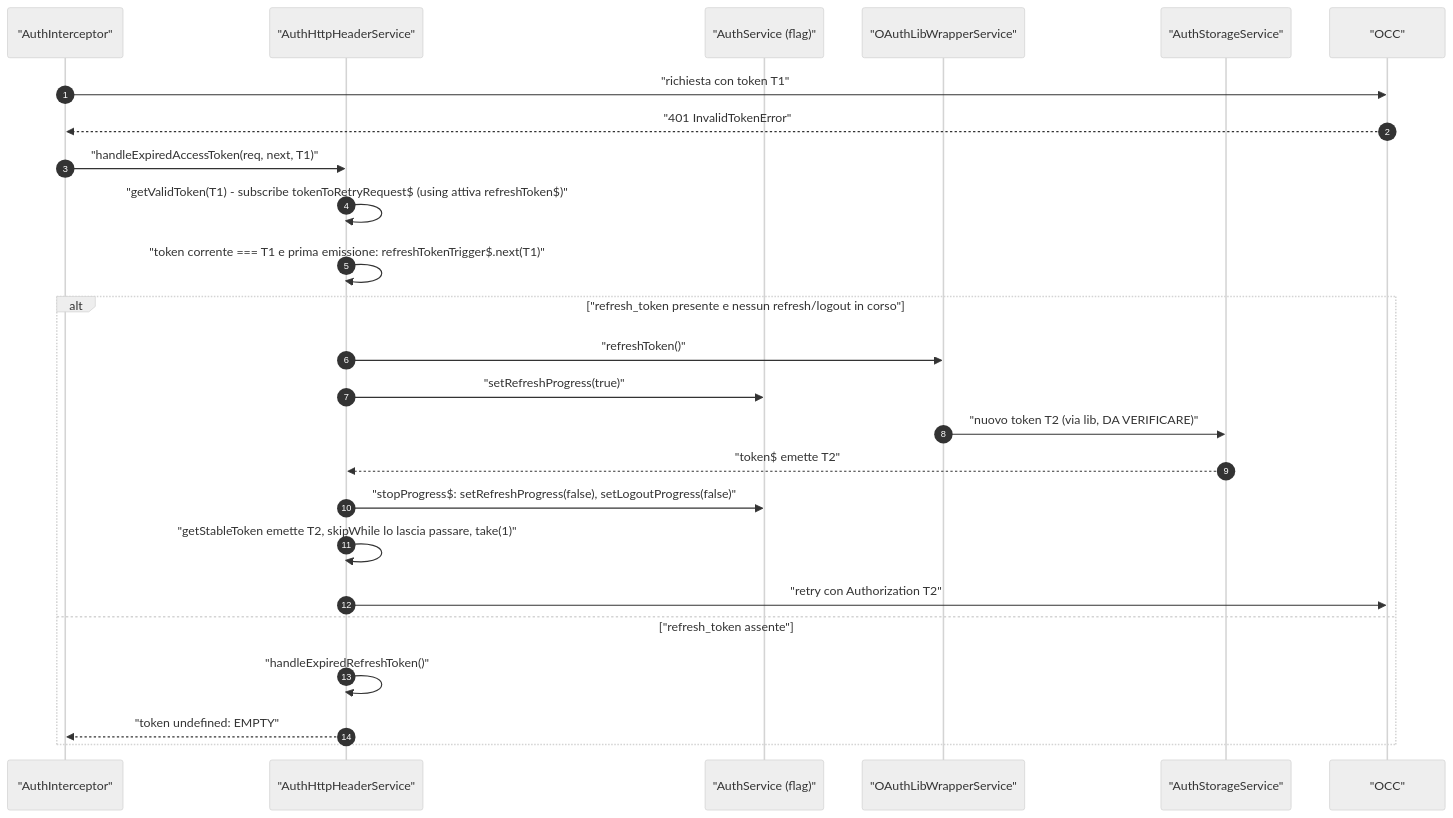
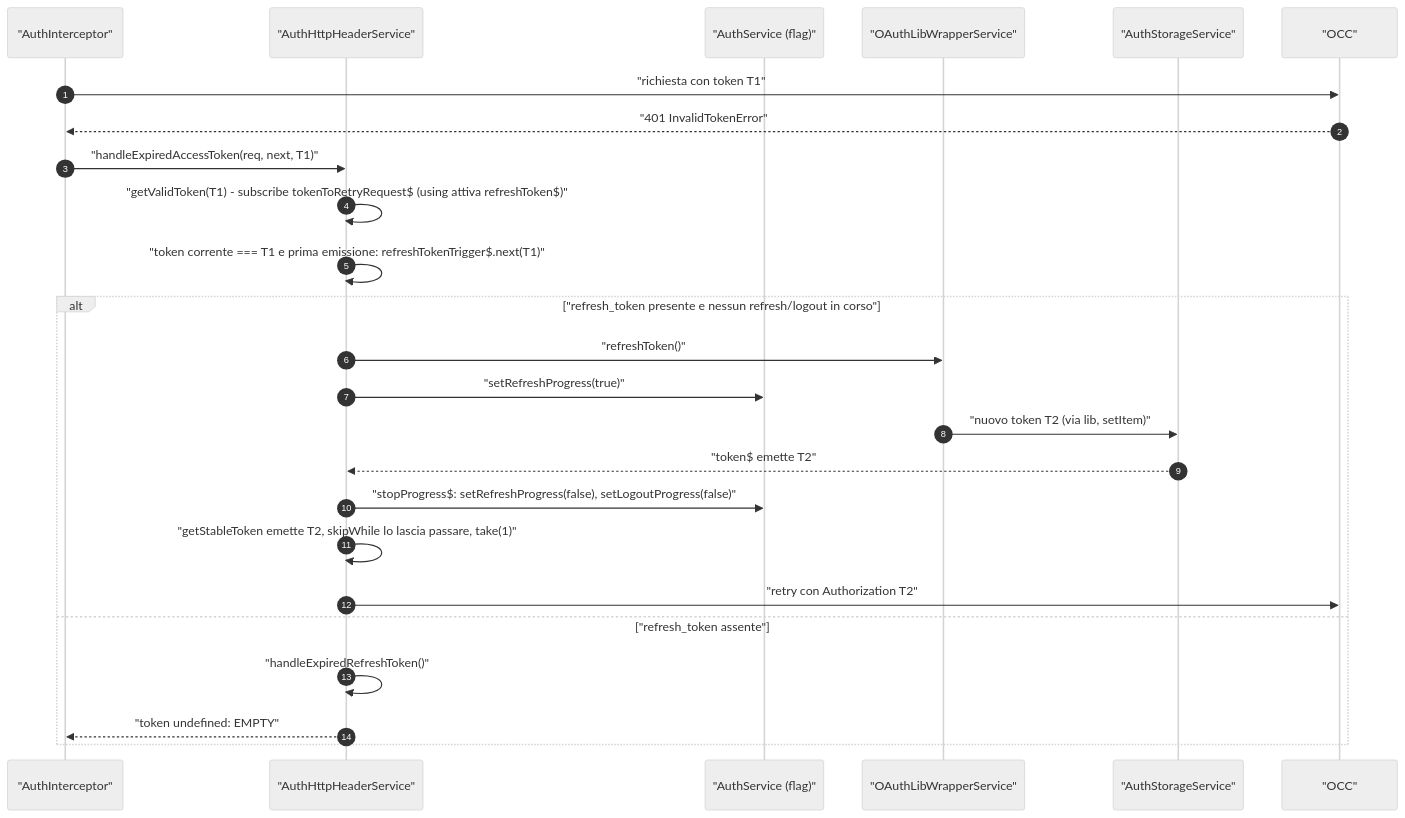
One commit to mgiuditta/spartacus changed the third of 4 diagrams in docs/spartacus-book/parte-2/22-auth.md. Above: the diagram before and after it, drawn with Mermaid (neutral theme). The commit also changed other lines of this file and 6 other files, not shown here.

````diff
--- a/docs/spartacus-book/parte-2/22-auth.md
+++ b/docs/spartacus-book/parte-2/22-auth.md
@@ -297,27 +295,27 @@
 ```mermaid
 sequenceDiagram
     autonumber
     participant AI as "AuthInterceptor"
     participant H as "AuthHttpHeaderService"
     participant AS as "AuthService (flag)"
     participant W as "OAuthLibWrapperService"
     participant ST as "AuthStorageService"
     participant BE as "OCC"
     AI->>BE: "richiesta con token T1"
     BE-->>AI: "401 InvalidTokenError"
     AI->>H: "handleExpiredAccessToken(req, next, T1)"
     H->>H: "getValidToken(T1) - subscribe tokenToRetryRequest$ (using attiva refreshToken$)"
     H->>H: "token corrente === T1 e prima emissione: refreshTokenTrigger$.next(T1)"
     alt "refresh_token presente e nessun refresh/logout in corso"
         H->>W: "refreshToken()"
         H->>AS: "setRefreshProgress(true)"
-        W->>ST: "nuovo token T2 (via lib, DA VERIFICARE)"
+        W->>ST: "nuovo token T2 (via lib, setItem)"
         ST-->>H: "token$ emette T2"
         H->>AS: "stopProgress$: setRefreshProgress(false), setLogoutProgress(false)"
         H->>H: "getStableToken emette T2, skipWhile lo lascia passare, take(1)"
         H->>BE: "retry con Authorization T2"
     else "refresh_token assente"
         H->>H: "handleExpiredRefreshToken()"
         H-->>AI: "token undefined: EMPTY"
     end
 ```
````
